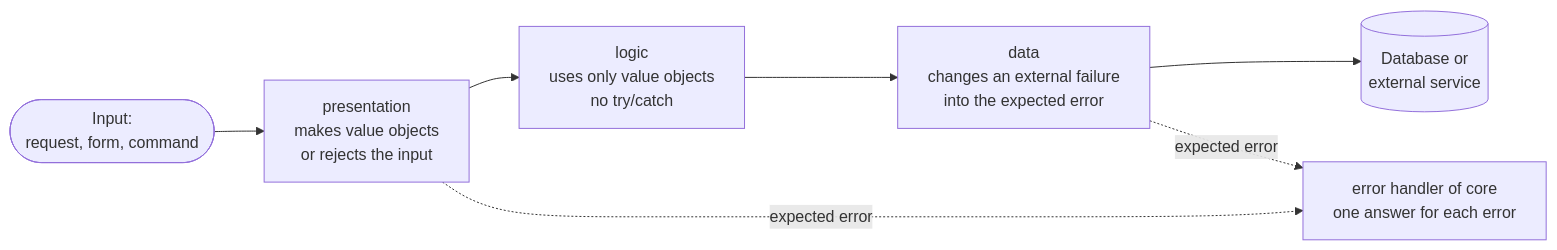
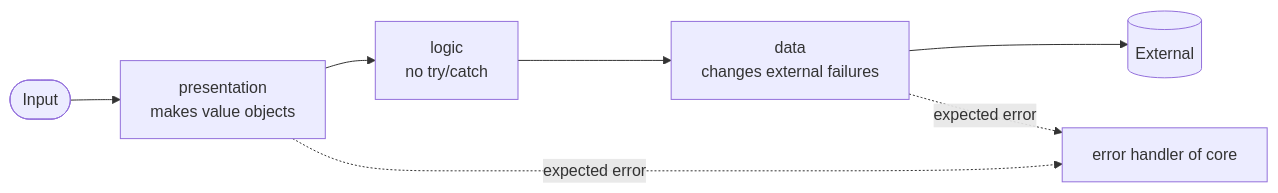
Before and after one commit to AIDDbot/AIDDbot: the diagram in docs/coding-rules.md, drawn with Mermaid. The commit also changed other lines of this file, not shown here.

````diff
--- a/docs/coding-rules.md
+++ b/docs/coding-rules.md
@@ -82,13 +60,9 @@
 ```mermaid
 flowchart LR
-    IN([Input:<br/>request, form, command])
-    PRES[presentation<br/>makes value objects<br/>or rejects the input]
-    LOGIC[logic<br/>uses only value objects<br/>no try/catch]
-    DATA[data<br/>changes an external failure<br/>into the expected error]
-    EXT[(Database or<br/>external service)]
-    HANDLER[error handler of core<br/>one answer for each error]
-
-    IN --> PRES --> LOGIC --> DATA --> EXT
-    PRES -. expected error .-> HANDLER
+    IN([Input]) --> PRES[presentation<br/>makes value objects]
+    PRES --> LOGIC[logic<br/>no try/catch]
+    LOGIC --> DATA[data<br/>changes external failures]
+    DATA --> EXT[(External)]
+    PRES -. expected error .-> HANDLER[error handler of core]
     DATA -. expected error .-> HANDLER
 ```
````
